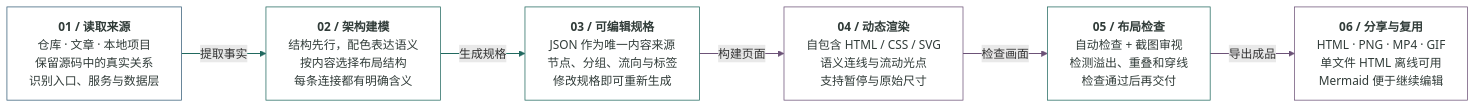
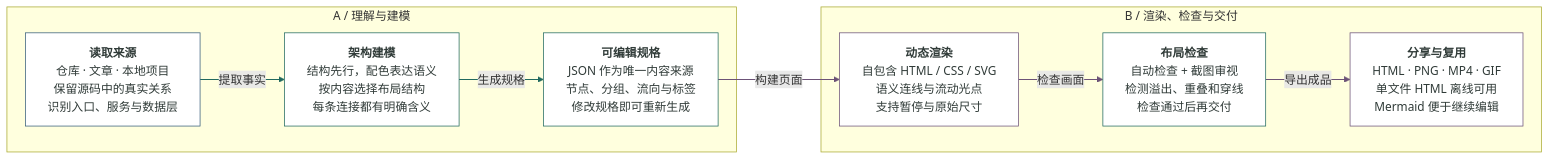
One commit to yuezheng2006/arch-diagram-skill changed the diagram in docs/atelier.mmd. Above: the diagram before and after it, drawn with Mermaid. The commit also changed 11 other files, not shown here.

```diff
--- a/docs/atelier.mmd
+++ b/docs/atelier.mmd
@@ -1,22 +1,26 @@
 flowchart LR
-  %% 把复杂系统，讲清楚。
-  source["<b>01 / 读取来源</b><br/>仓库 · 文章 · 本地项目<br/>保留源码中的真实关系<br/>识别入口、服务与数据层"]:::input
-  model["<b>02 / 架构建模</b><br/>结构先行，配色表达语义<br/>按内容选择布局结构<br/>每条连接都有明确含义"]:::core
-  schema["<b>03 / 可编辑规格</b><br/>JSON 作为唯一内容来源<br/>节点、分组、流向与标签<br/>修改规格即可重新生成"]:::core
-  deliver["<b>06 / 分享与复用</b><br/>HTML · PNG · MP4 · GIF<br/>单文件 HTML 离线可用<br/>Mermaid 便于继续编辑"]:::output
-  check["<b>05 / 布局检查</b><br/>自动检查 + 截图审视<br/>检测溢出、重叠和穿线<br/>检查通过后再交付"]:::core
-  engine["<b>04 / 动态渲染</b><br/>自包含 HTML / CSS / SVG<br/>语义连线与流动光点<br/>支持暂停与原始尺寸"]:::output
+  %% 从源码到架构，一眼看懂。
+  subgraph g2["A / 理解与建模"]
+    source["<b>读取来源</b><br/>仓库 · 文章 · 本地项目<br/>保留源码中的真实关系<br/>识别入口、服务与数据层"]:::input
+    model["<b>架构建模</b><br/>结构先行，配色表达语义<br/>按内容选择布局结构<br/>每条连接都有明确含义"]:::core
+    schema["<b>可编辑规格</b><br/>JSON 作为唯一内容来源<br/>节点、分组、流向与标签<br/>修改规格即可重新生成"]:::core
+  end
+  subgraph g7["B / 渲染、检查与交付"]
+    deliver["<b>分享与复用</b><br/>HTML · PNG · MP4 · GIF<br/>单文件 HTML 离线可用<br/>Mermaid 便于继续编辑"]:::output
+    check["<b>布局检查</b><br/>自动检查 + 截图审视<br/>检测溢出、重叠和穿线<br/>检查通过后再交付"]:::core
+    engine["<b>动态渲染</b><br/>自包含 HTML / CSS / SVG<br/>语义连线与流动光点<br/>支持暂停与原始尺寸"]:::output
+  end
   source -->|"提取事实"| model
   model -->|"生成规格"| schema
   schema -->|"构建页面"| engine
   engine -->|"检查画面"| check
   check -->|"导出成品"| deliver
   linkStyle 0 stroke:#21695f,stroke-width:1.5px
   linkStyle 1 stroke:#21695f,stroke-width:1.5px
   linkStyle 2 stroke:#6c5277,stroke-width:1.5px
   linkStyle 3 stroke:#6c5277,stroke-width:1.5px
   linkStyle 4 stroke:#6c5277,stroke-width:1.5px
   classDef input fill:#ffffff,stroke:#365d78,color:#303b38
   classDef core fill:#ffffff,stroke:#21695f,color:#303b38
   classDef output fill:#ffffff,stroke:#6c5277,color:#303b38
   classDef none fill:#ffffff,stroke:#a7b0a7,color:#303b38
```
